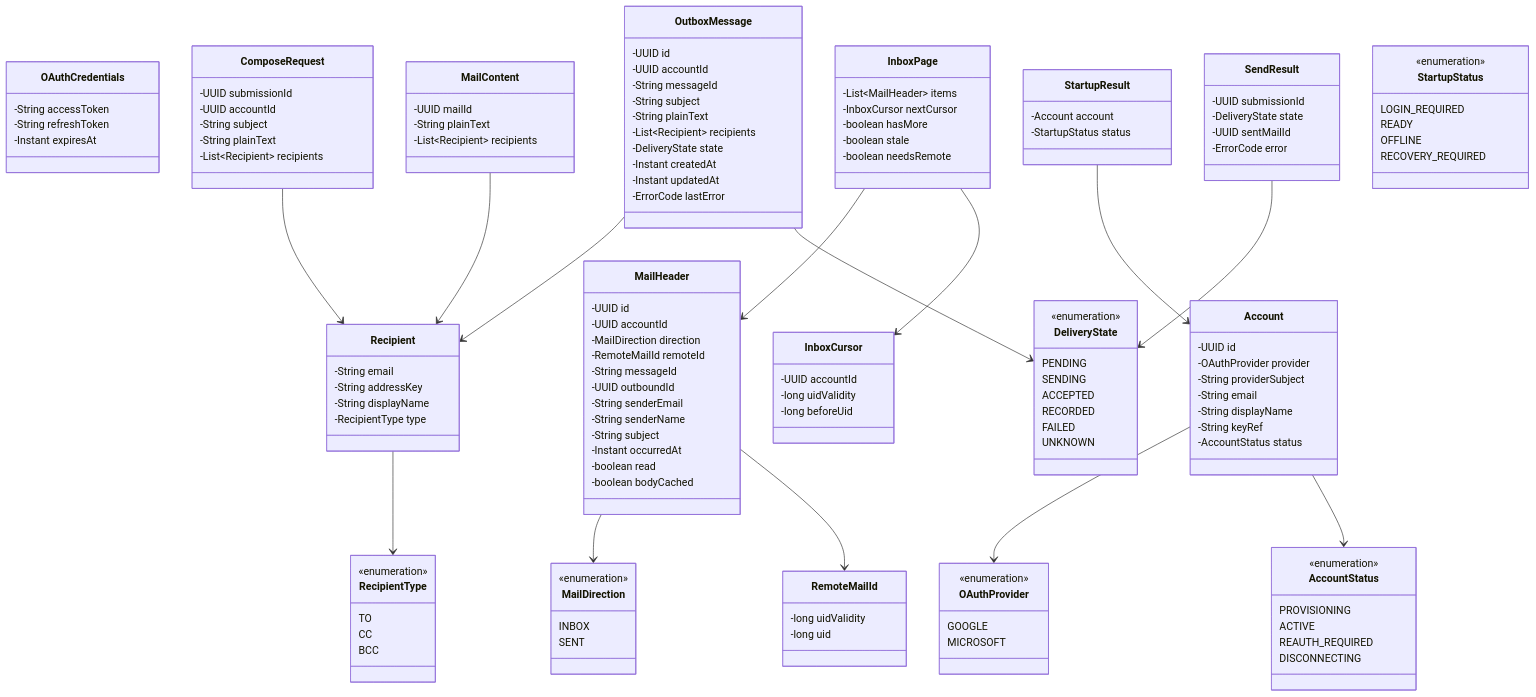
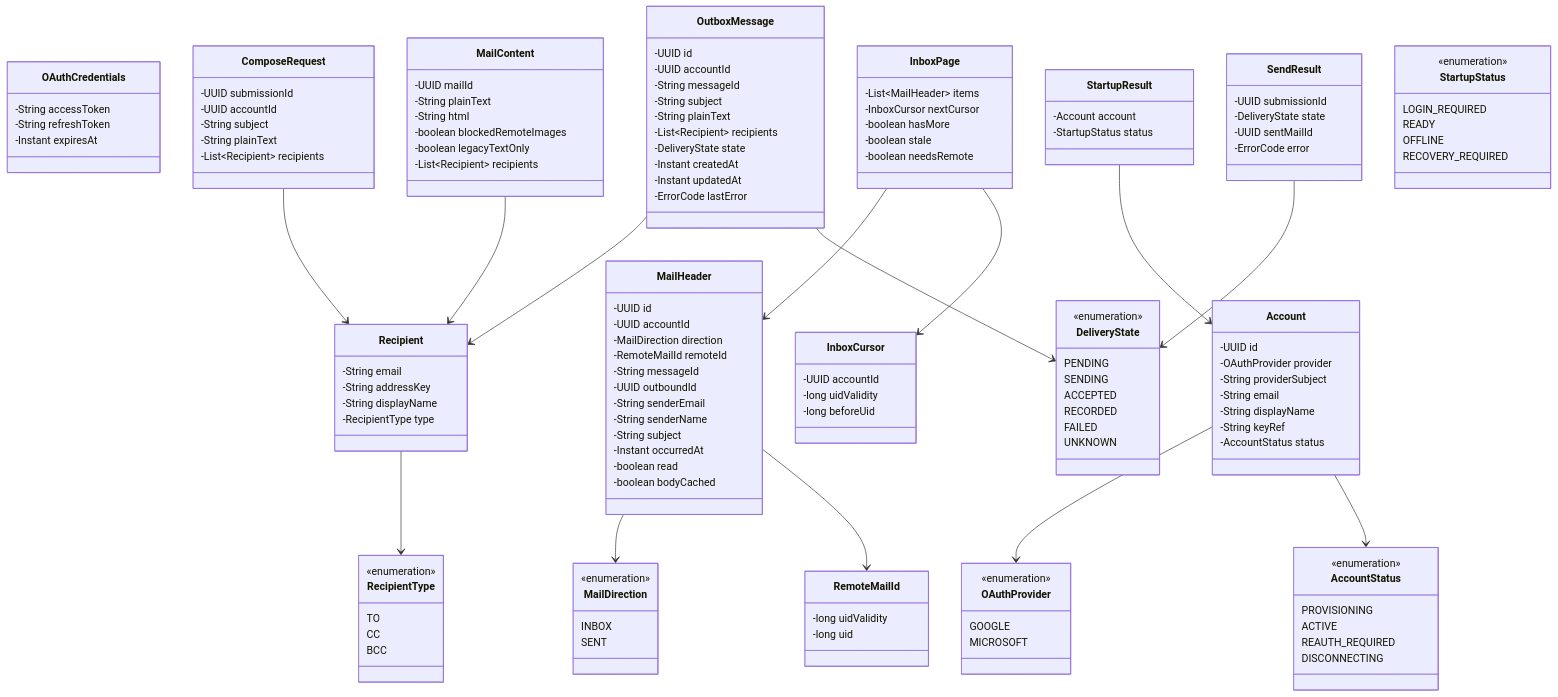
The diagram in docs/diagrams/uml-model.md (JuanPablo72000/evermail), drawn with Mermaid before and after one commit. The commit also changed other lines of this file and 29 other files, not shown here.

```diff
--- a/docs/diagrams/uml-model.md
+++ b/docs/diagrams/uml-model.md
@@ -39,6 +39,9 @@
     class MailContent {
         -UUID mailId
         -String plainText
+        -String html
+        -boolean blockedRemoteImages
+        -boolean legacyTextOnly
         -List~Recipient~ recipients
     }
     class Recipient {
```
